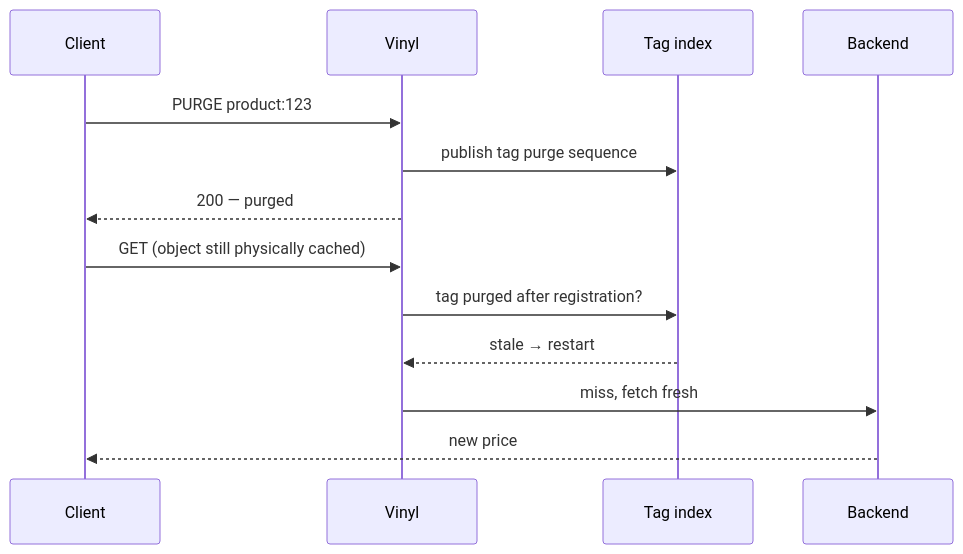
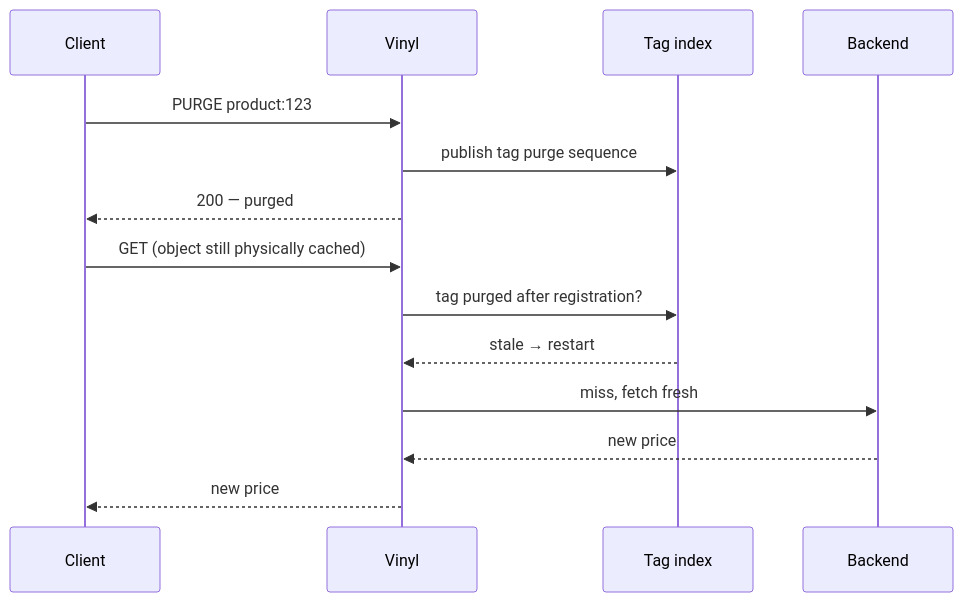
One commit to boffinate/libvmod-cachetag changed the diagram in README.md. Above: the diagram before and after it, drawn with Mermaid. The commit also changed other lines of this file, not shown here.

````diff
--- a/README.md
+++ b/README.md
@@ -73,15 +73,16 @@
 ```mermaid
 sequenceDiagram
     participant C as Client
     participant V as Vinyl
     participant I as Tag index
     participant B as Backend
     C->>V: PURGE product:123
     V->>I: publish tag purge sequence
     V-->>C: 200 — purged
     C->>V: GET (object still physically cached)
     V->>I: tag purged after registration?
     I-->>V: stale → restart
     V->>B: miss, fetch fresh
-    B-->>C: new price
+    B-->>V: new price
+    V-->>C: new price
 ```
````
